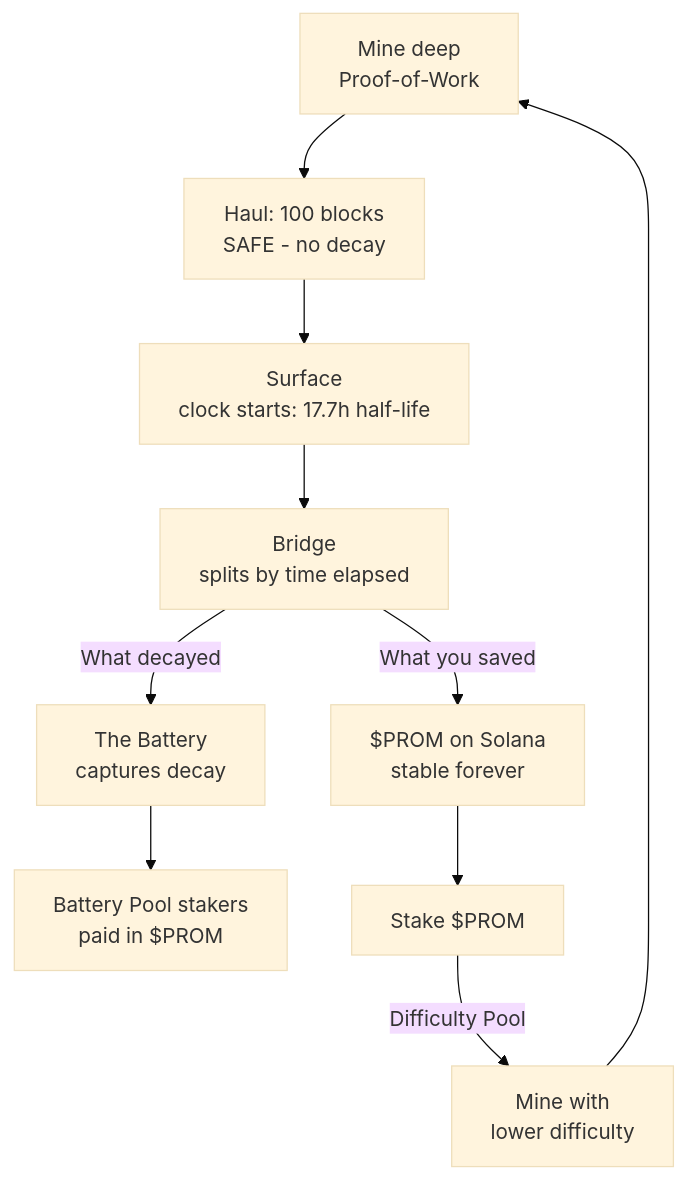
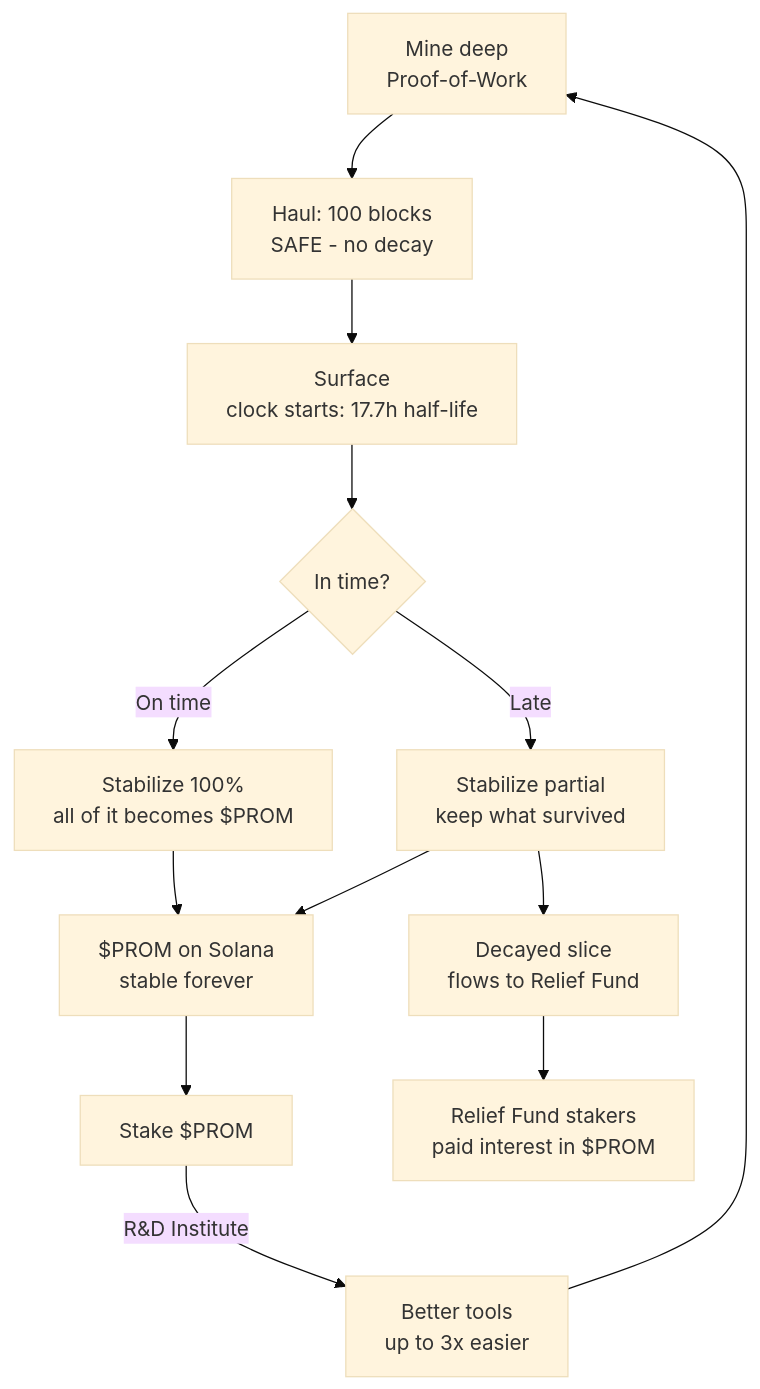
Before and after one commit to mandificator/minecoins: the diagram in content/docs/the-loop.md, drawn with Mermaid (base theme). The commit also changed other lines of this file and 19 other files, not shown here.

Commit message:
docs: restructure from gitbook_section_4 — add stabilization-plant/rd-institute/relief-fund/recruitment-office/hiring-hall, update nav, drop superseded bridge/staking/the-battery/agentic-cli

````diff
--- a/content/docs/the-loop.md
+++ b/content/docs/the-loop.md
@@ -10,12 +10,15 @@
 ```mermaid
 flowchart TD
     A[Mine deep<br/>Proof-of-Work] --> B[Haul: 100 blocks<br/>SAFE - no decay]
     B --> C[Surface<br/>clock starts: 17.7h half-life]
-    C --> D[Bridge<br/>splits by time elapsed]
-    D -->|What you saved| E[$PROM on Solana<br/>stable forever]
-    D -->|What decayed| F[The Battery<br/>captures decay]
-    F --> G[Battery Pool stakers<br/>paid in $PROM]
-    E --> H[Stake $PROM]
-    H -->|Difficulty Pool| I[Mine with<br/>lower difficulty]
-    I --> A
+    C --> D{In time?}
+    D -->|On time| E[Stabilize 100%<br/>all of it becomes $PROM]
+    D -->|Late| F[Stabilize partial<br/>keep what survived]
+    E --> G[$PROM on Solana<br/>stable forever]
+    F --> G
+    F --> H[Decayed slice<br/>flows to Relief Fund]
+    H --> I[Relief Fund stakers<br/>paid interest in $PROM]
+    G --> J[Stake $PROM]
+    J -->|R&D Institute| K[Better tools<br/>up to 3x easier]
+    K --> A
 ```
````
